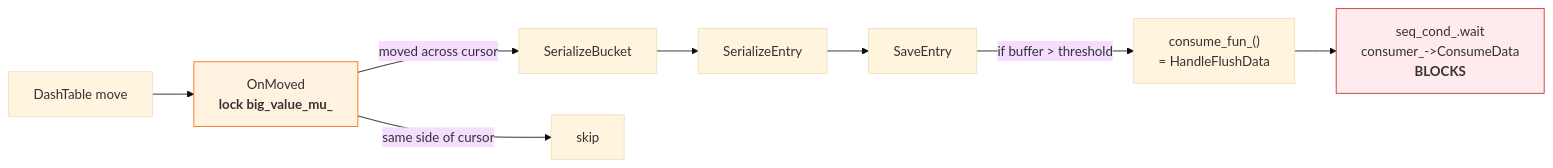
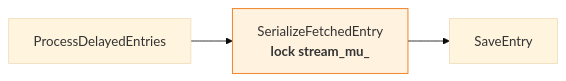
The third of 5 diagrams in docs/shard-serialization.md (dragonflydb/dragonfly), drawn with Mermaid (base theme) before and after one commit. The commit also changed other lines of this file, not shown here.

````diff
--- a/docs/shard-serialization.md
+++ b/docs/shard-serialization.md
@@ -422,15 +331,8 @@
 ```mermaid
 flowchart LR
-  A[DashTable move] --> B["OnMoved<br/><b>lock big_value_mu_</b>"]
-  B -->|"moved across cursor"| C[SerializeBucket]
-  C --> D[SerializeEntry]
-  D --> E[SaveEntry]
-  E -->|"if buffer > threshold"| F["consume_fun_()<br/>= HandleFlushData"]
-  F --> G["seq_cond_.wait<br/>consumer_->ConsumeData<br/><b>BLOCKS</b>"]
-  B -->|"same side of cursor"| H[skip]
+  A[ProcessDelayedEntries] --> B["SerializeFetchedEntry<br/><b>lock stream_mu_</b>"]
+  B --> C[SaveEntry]
 
   classDef lock fill:#FFF3E0,stroke:#EF6C00;
-  classDef block fill:#FFEBEE,stroke:#C62828;
   class B lock;
-  class G block;
 ```
````
